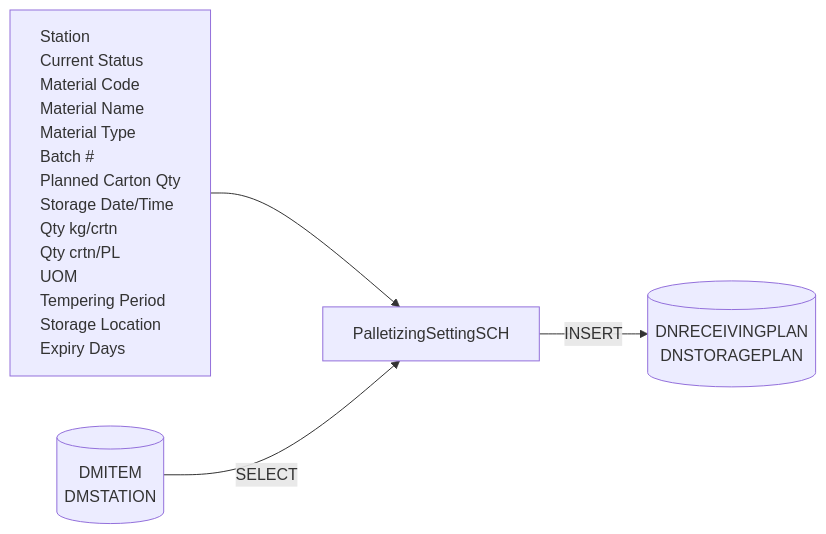
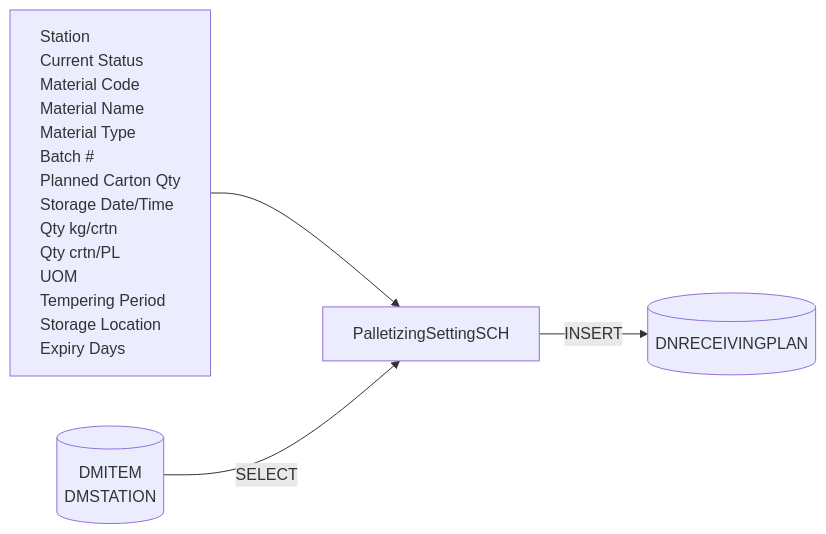
One commit to luthfiadityaa/SimeDarby-Wiki changed the fourth of 4 diagrams in Basic-Design/DFD-WMS/Storage/PALLETIZE-OPERATION-(HP)/0.-Palletize-Start.md. Above: the diagram before and after it, drawn with Mermaid.

Commit message:
Updated 0. Palletize Start

```diff
--- a/Basic-Design/DFD-WMS/Storage/PALLETIZE-OPERATION-(HP)/0.-Palletize-Start.md
+++ b/Basic-Design/DFD-WMS/Storage/PALLETIZE-OPERATION-(HP)/0.-Palletize-Start.md
@@ -63,37 +63,36 @@
 ::: mermaid
 flowchart LR
     input[
         Station 
         Current Status
         Material Code
         Material Name
         Material Type
         Batch #
         Planned Carton Qty
         Storage Date/Time
         Qty kg/crtn
         Qty crtn/PL
         UOM
         Tempering Period
         Storage Location
         Expiry Days
     ]
 
     tableList-insert[("
         DNRECEIVINGPLAN
-        DNSTORAGEPLAN
     ")]
 
      tableList-select[("
         DMITEM
         DMSTATION
     ")]
 
     className[PalletizingSettingSCH]
 
     input --> className --> |INSERT| tableList-insert
     tableList-select --> |SELECT| className
 
     classDef leftAlign text-align:left;
     class input leftAlign;
 :::
```
